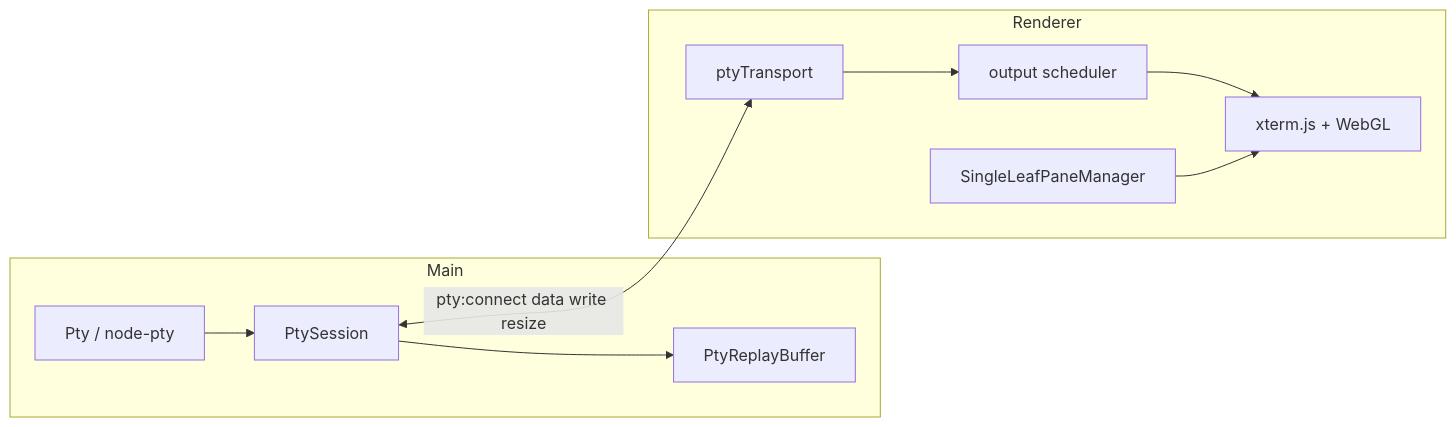
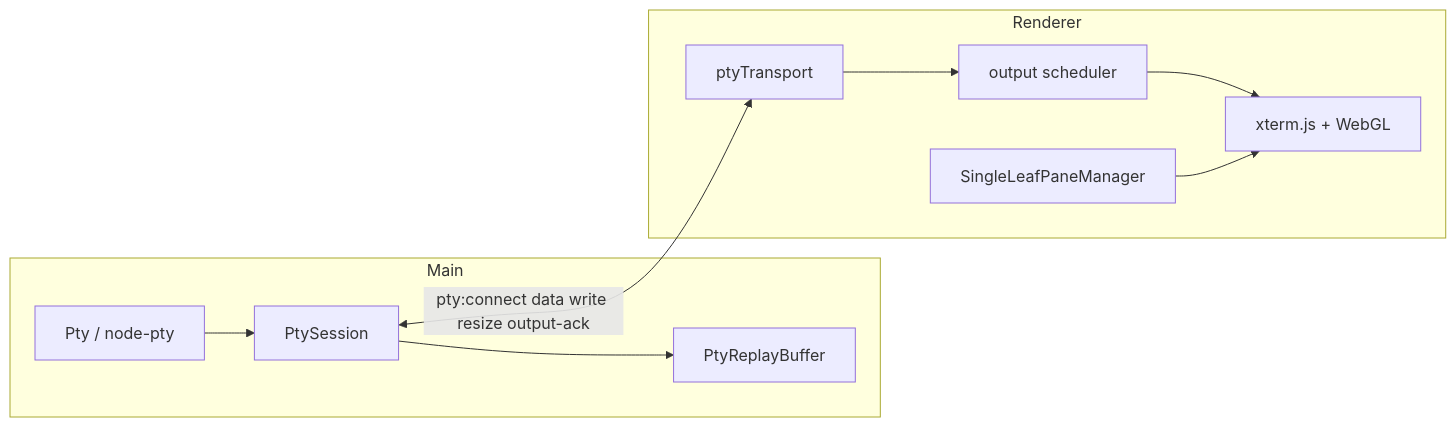
Before and after one commit to lkh0310kr/workspace: the diagram in docs/architecture/05-terminal-pipeline.md, drawn with Mermaid. The commit also changed other lines of this file and 11 other files, not shown here.

Commit message:
fix(terminal): backpressure PTY output without dropping bytes

````diff
--- a/docs/architecture/05-terminal-pipeline.md
+++ b/docs/architecture/05-terminal-pipeline.md
@@ -7,19 +7,19 @@
 ```mermaid
 flowchart LR
   subgraph main [Main]
     Pty[Pty / node-pty]
     Session[PtySession]
     Replay[PtyReplayBuffer]
     Pty --> Session
     Session --> Replay
   end
   subgraph renderer [Renderer]
     Transport[ptyTransport]
     Scheduler[output scheduler]
     PM[SingleLeafPaneManager]
     Xterm[xterm.js + WebGL]
     Transport --> Scheduler --> Xterm
     PM --> Xterm
   end
-  Session <-->|pty:connect data write resize| Transport
+  Session <-->|pty:connect data write resize output-ack| Transport
 ```
````
